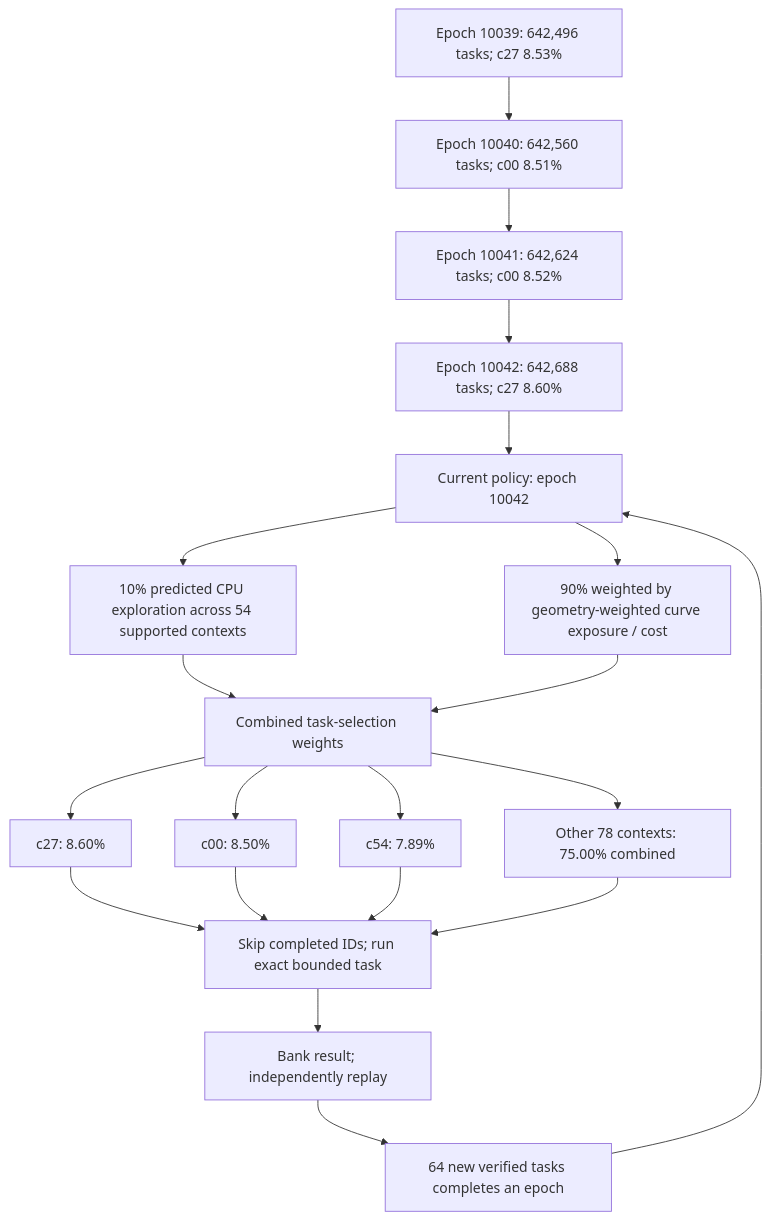
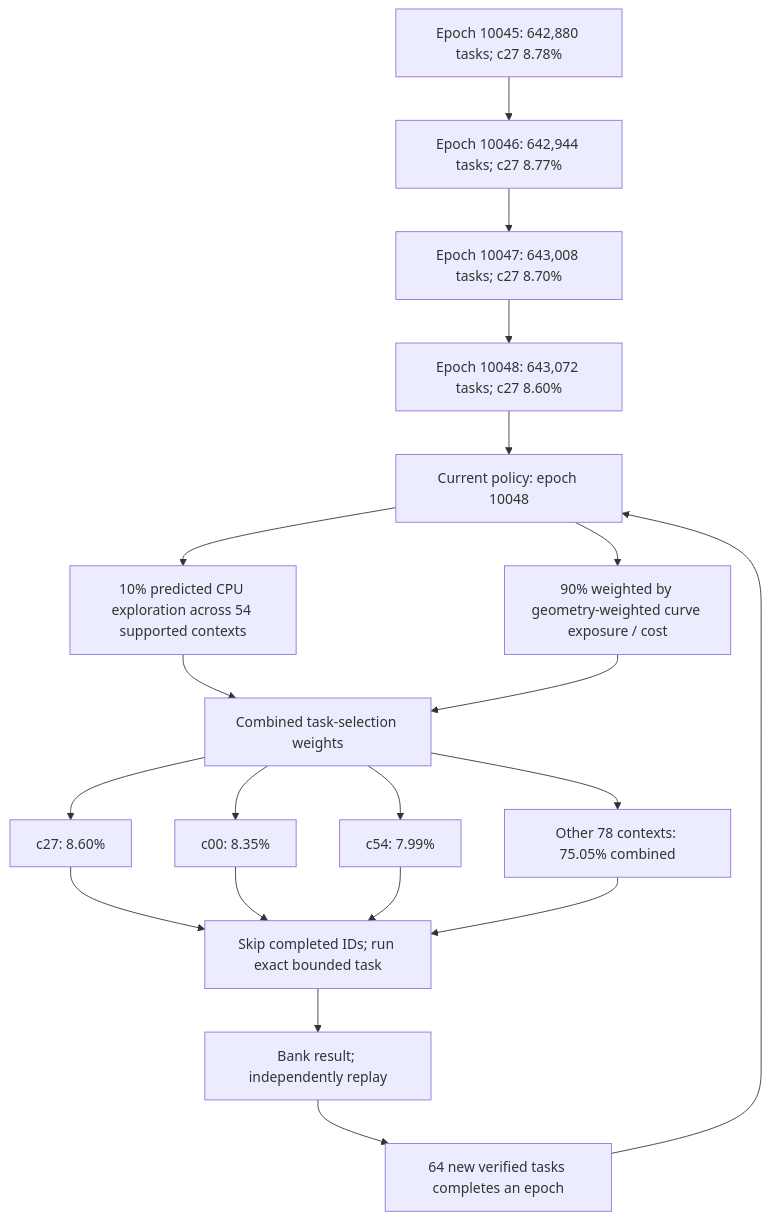
The first of 4 diagrams in README.md (Kuberwastaken/math-gambling), drawn with Mermaid before and after one commit. The commit also changed other lines of this file and 879 other files, not shown here.

````diff
--- a/README.md
+++ b/README.md
@@ -60,27 +60,27 @@
 ```mermaid
 flowchart TD
-    H0["Epoch 10039: 642,496 tasks; c27 8.53%"]
-    H1["Epoch 10040: 642,560 tasks; c00 8.51%"]
+    H0["Epoch 10045: 642,880 tasks; c27 8.78%"]
+    H1["Epoch 10046: 642,944 tasks; c27 8.77%"]
     H0 --> H1
-    H2["Epoch 10041: 642,624 tasks; c00 8.52%"]
+    H2["Epoch 10047: 643,008 tasks; c27 8.70%"]
     H1 --> H2
-    H3["Epoch 10042: 642,688 tasks; c27 8.60%"]
+    H3["Epoch 10048: 643,072 tasks; c27 8.60%"]
     H2 --> H3
-    Policy["Current policy: epoch 10042"]
+    Policy["Current policy: epoch 10048"]
     H3 --> Policy
     Policy --> Explore["10% predicted CPU exploration across 54 supported contexts"]
     Policy --> Cost["90% weighted by geometry-weighted curve exposure / cost"]
     Explore --> Mix["Combined task-selection weights"]
     Cost --> Mix
     Mix --> C0["c27: 8.60%"]
-    Mix --> C1["c00: 8.50%"]
-    Mix --> C2["c54: 7.89%"]
-    Mix --> Rest["Other 78 contexts: 75.00% combined"]
+    Mix --> C1["c00: 8.35%"]
+    Mix --> C2["c54: 7.99%"]
+    Mix --> Rest["Other 78 contexts: 75.05% combined"]
     C0 --> Check["Skip completed IDs; run exact bounded task"]
     C1 --> Check
     C2 --> Check
     Rest --> Check
     Check --> Replay["Bank result; independently replay"]
     Replay --> Gate["64 new verified tasks completes an epoch"]
     Gate --> Policy
 ```
````
